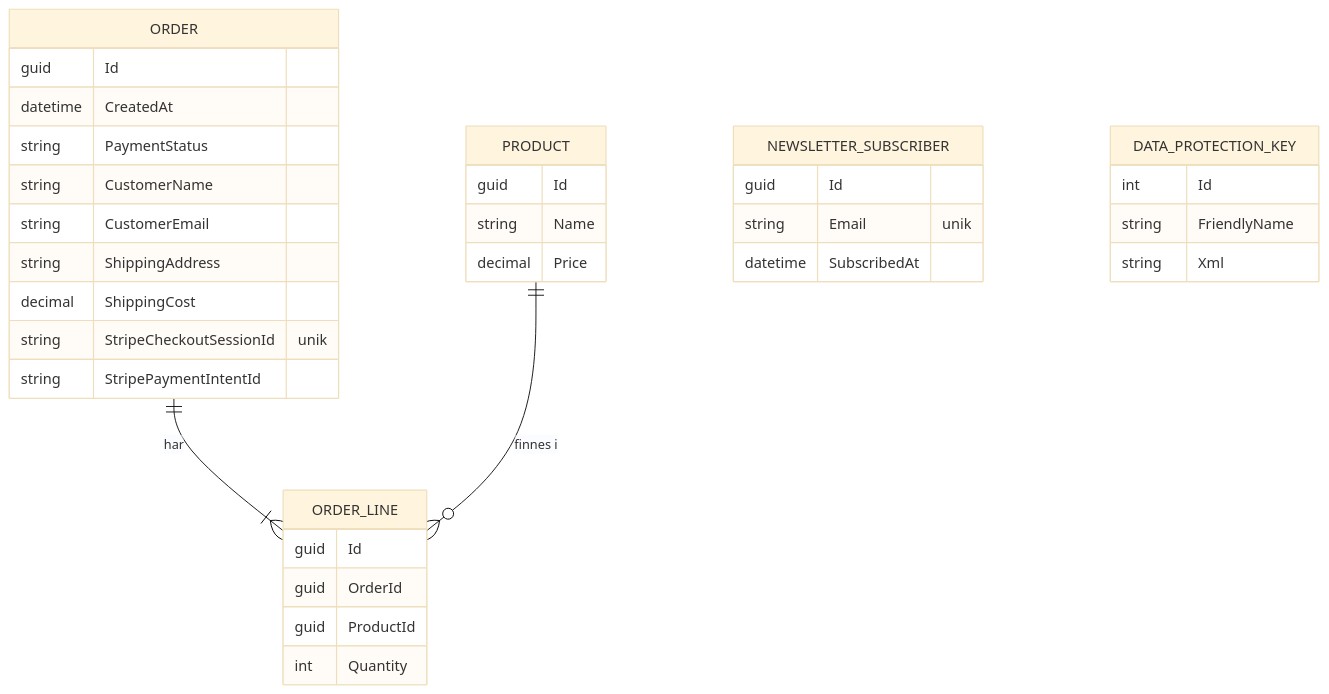
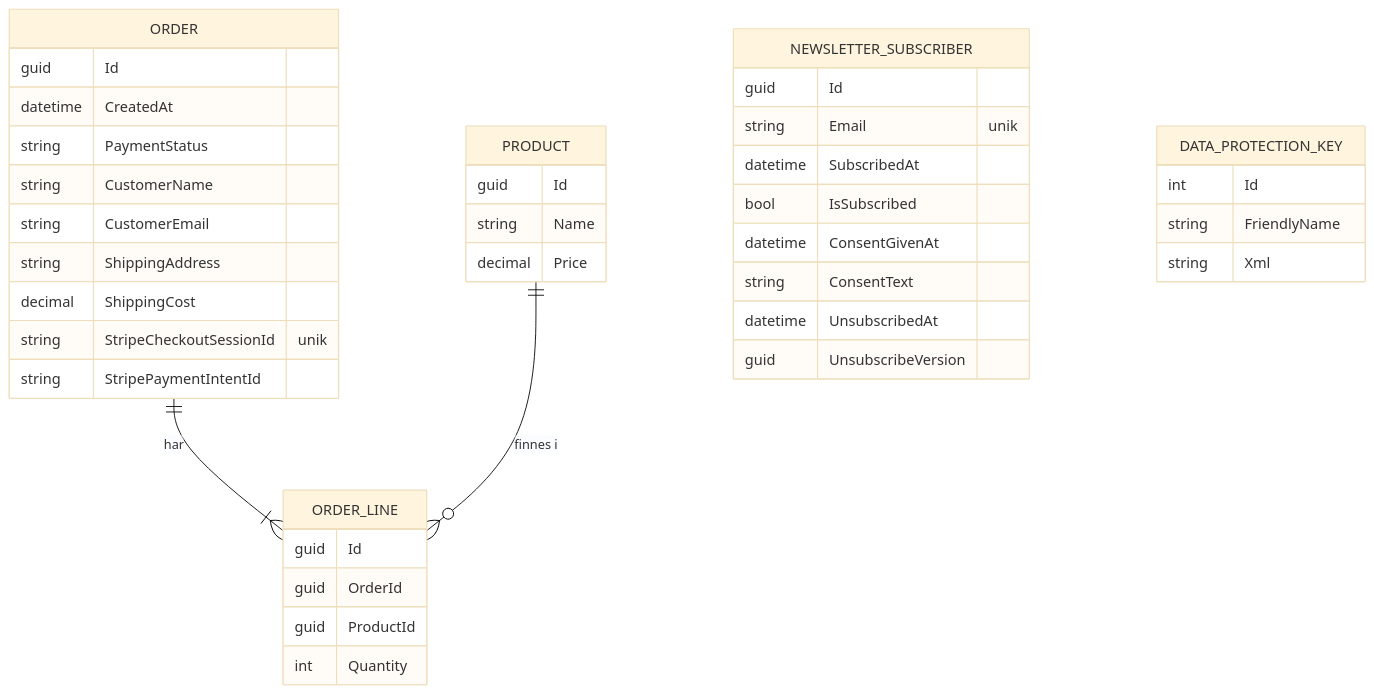
Before and after one commit to Khhashi/Nordly: the fourth of 5 diagrams in docs/ARCHITECTURE.md, drawn with Mermaid (base theme). The commit also changed other lines of this file and 11 other files, not shown here.

````diff
--- a/docs/ARCHITECTURE.md
+++ b/docs/ARCHITECTURE.md
@@ -130,37 +133,42 @@
 ```mermaid
 erDiagram
     ORDER ||--|{ ORDER_LINE : har
     PRODUCT ||--o{ ORDER_LINE : "finnes i"
     ORDER {
         guid Id
         datetime CreatedAt
         string PaymentStatus
         string CustomerName
         string CustomerEmail
         string ShippingAddress
         decimal ShippingCost
         string StripeCheckoutSessionId "unik"
         string StripePaymentIntentId
     }
     ORDER_LINE {
         guid Id
         guid OrderId
         guid ProductId
         int Quantity
     }
     PRODUCT {
         guid Id
         string Name
         decimal Price
     }
     NEWSLETTER_SUBSCRIBER {
         guid Id
         string Email "unik"
         datetime SubscribedAt
+        bool IsSubscribed
+        datetime ConsentGivenAt
+        string ConsentText
+        datetime UnsubscribedAt
+        guid UnsubscribeVersion
     }
     DATA_PROTECTION_KEY {
         int Id
         string FriendlyName
         string Xml
     }
 ```
````
